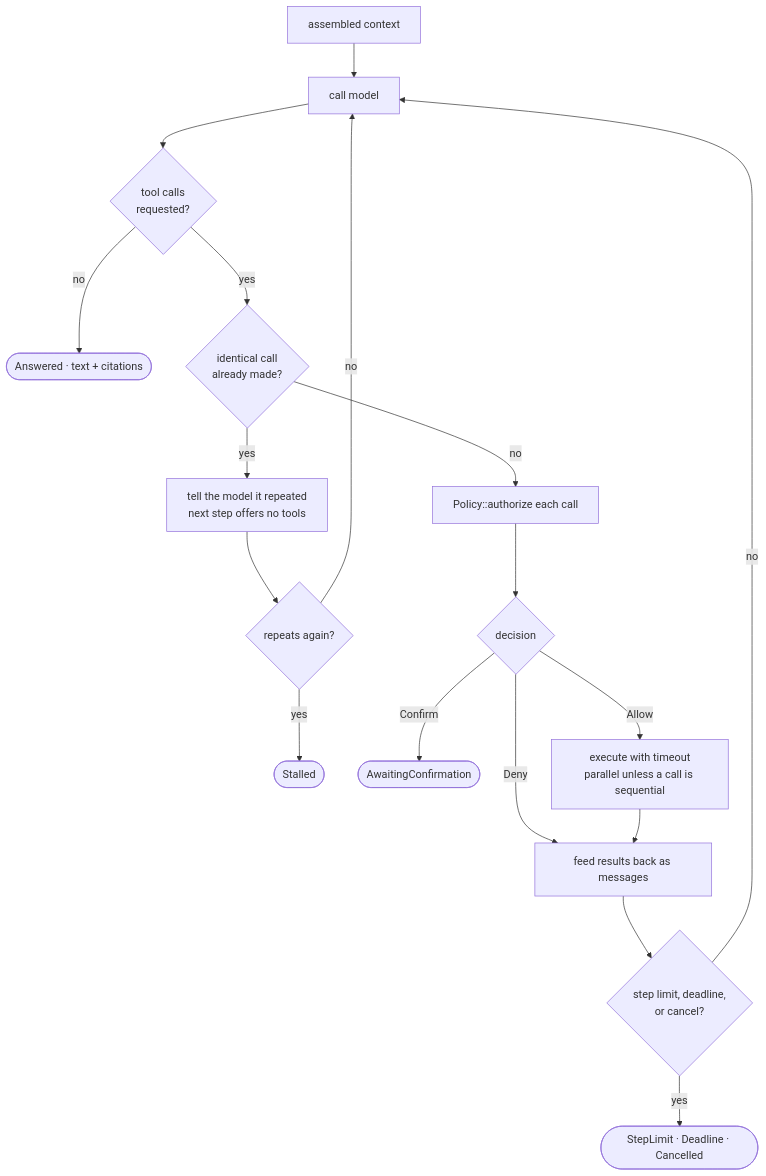
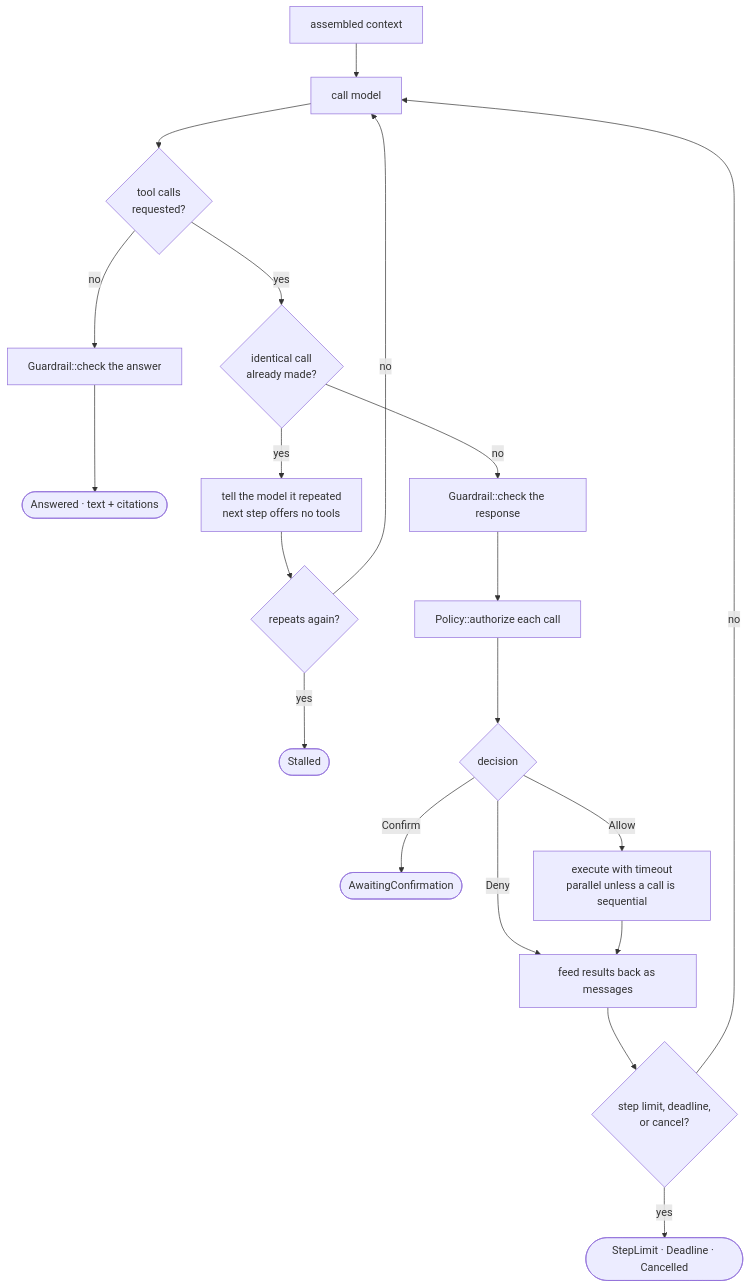
Before and after one commit to ashworks1706/SparkyAI: the fourth of 9 diagrams in docs/ARCHITECTURE.md, drawn with Mermaid. The commit also changed other lines of this file and 2 other files, not shown here.

First line of the commit message:
docs: record the harness shape the diagram asks for

````diff
--- a/docs/ARCHITECTURE.md
+++ b/docs/ARCHITECTURE.md
@@ -257,20 +257,22 @@
 ```mermaid
 flowchart TD
     ASM["assembled context"] --> CALL["call model"]
     CALL --> ANS{"tool calls<br/>requested?"}
-    ANS -->|no| DONE(["Answered · text + citations"])
+    ANS -->|no| OUT["Guardrail::check the answer"]
+    OUT --> DONE(["Answered · text + citations"])
     ANS -->|yes| REPEAT{"identical call<br/>already made?"}
     REPEAT -->|yes| FORCE["tell the model it repeated<br/>next step offers no tools"]
     FORCE --> AGAIN{"repeats again?"}
     AGAIN -->|yes| STALLED(["Stalled"])
     AGAIN -->|no| CALL
-    REPEAT -->|no| POL["Policy::authorize each call"]
+    REPEAT -->|no| GUARD["Guardrail::check the response"]
+    GUARD --> POL["Policy::authorize each call"]
     POL --> DEC{"decision"}
     DEC -->|Deny| FEED
     DEC -->|Confirm| WAIT(["AwaitingConfirmation"])
     DEC -->|Allow| EXEC["execute with timeout<br/>parallel unless a call is sequential"]
     EXEC --> FEED["feed results back as messages"]
     FEED --> LIMIT{"step limit, deadline,<br/>or cancel?"}
     LIMIT -->|yes| STOP(["StepLimit · Deadline · Cancelled"])
     LIMIT -->|no| CALL
 ```
````
